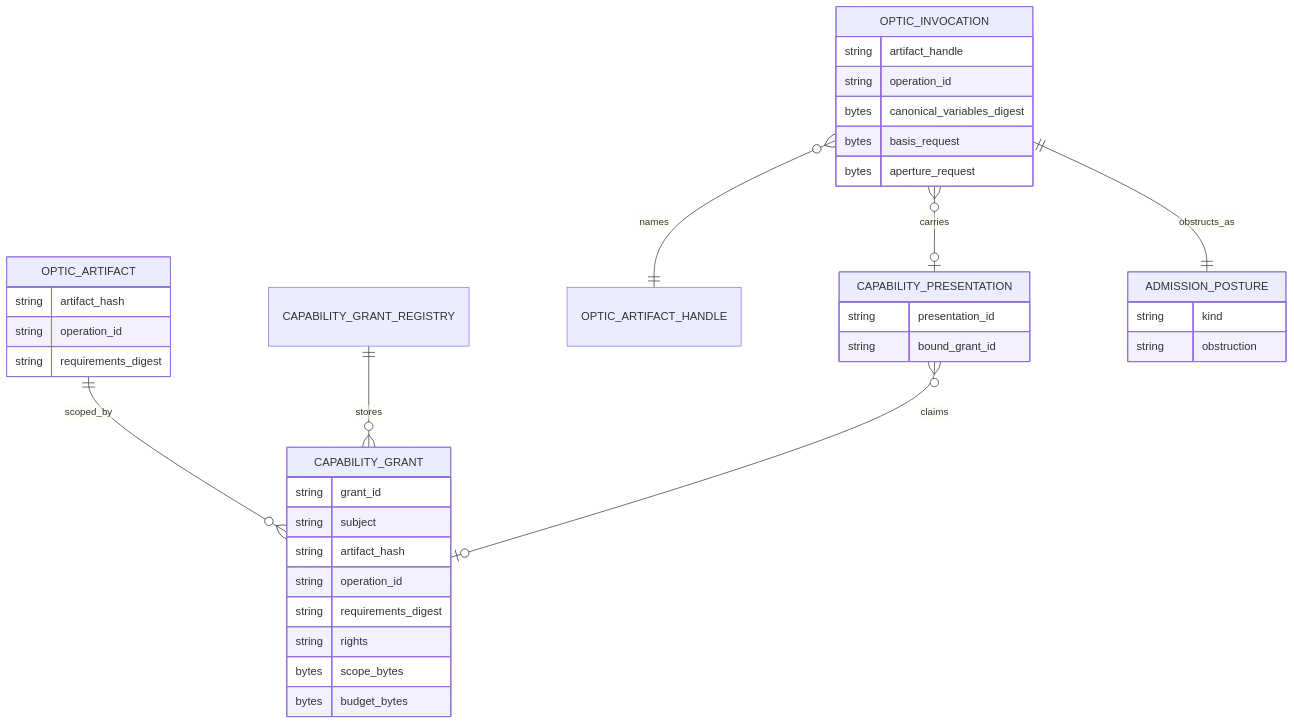
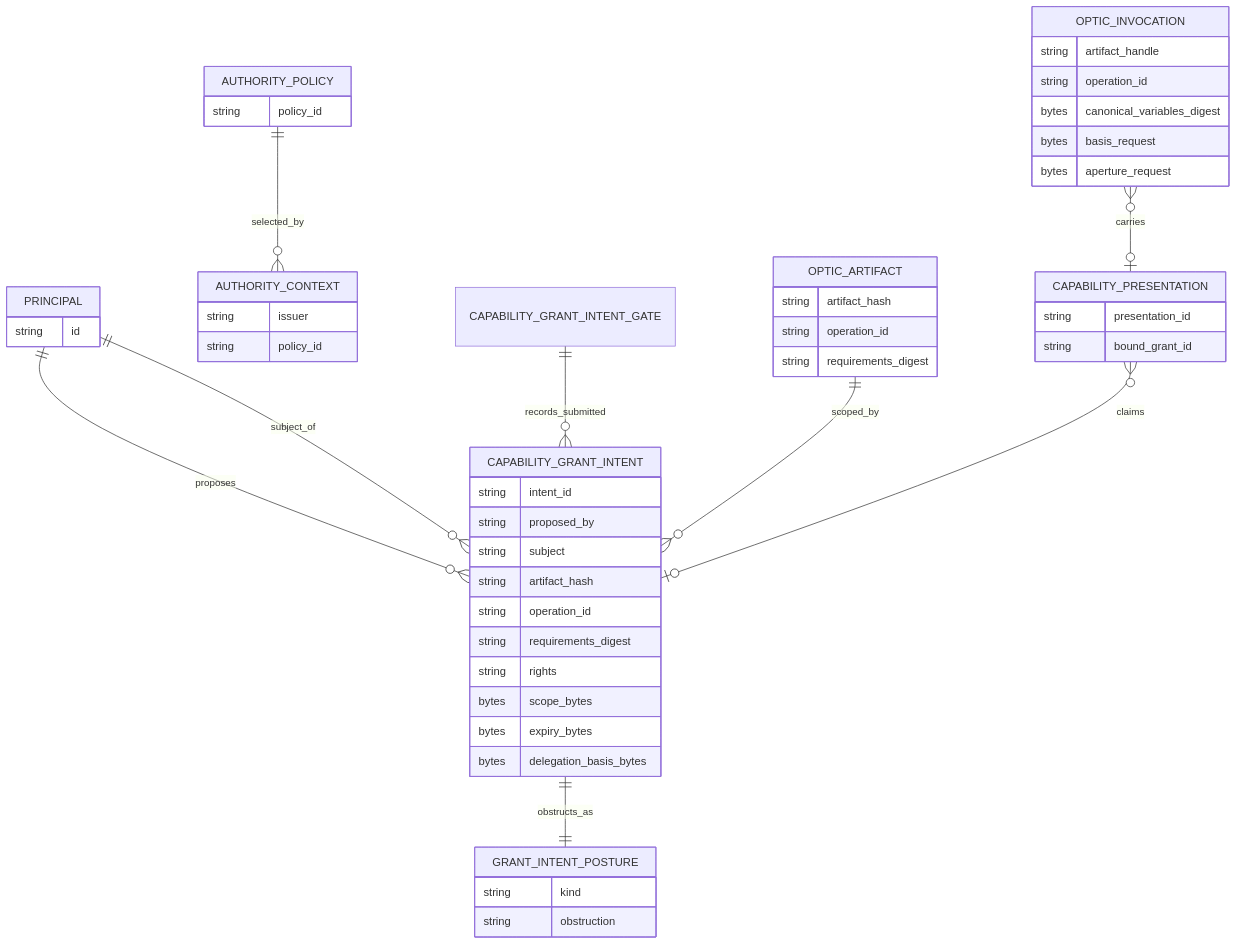
Before and after one commit to flyingrobots/echo: the fifth of 5 diagrams in docs/design/optic-capability-grant-registry.md, drawn with Mermaid. The commit also changed other lines of this file and 5 other files, not shown here.

Commit message:
feat(core): add capability grant intent obstruction skeleton

````diff
--- a/docs/design/optic-capability-grant-registry.md
+++ b/docs/design/optic-capability-grant-registry.md
@@ -174,44 +210,61 @@
 ```mermaid
 erDiagram
-  OPTIC_ARTIFACT ||--o{ CAPABILITY_GRANT : scoped_by
-  CAPABILITY_GRANT_REGISTRY ||--o{ CAPABILITY_GRANT : stores
-  OPTIC_INVOCATION }o--|| OPTIC_ARTIFACT_HANDLE : names
+  PRINCIPAL ||--o{ CAPABILITY_GRANT_INTENT : proposes
+  PRINCIPAL ||--o{ CAPABILITY_GRANT_INTENT : subject_of
+  AUTHORITY_POLICY ||--o{ AUTHORITY_CONTEXT : selected_by
+  CAPABILITY_GRANT_INTENT_GATE ||--o{ CAPABILITY_GRANT_INTENT : records_submitted
+  OPTIC_ARTIFACT ||--o{ CAPABILITY_GRANT_INTENT : scoped_by
+  CAPABILITY_GRANT_INTENT ||--|| GRANT_INTENT_POSTURE : obstructs_as
+  CAPABILITY_PRESENTATION }o--o| CAPABILITY_GRANT_INTENT : claims
   OPTIC_INVOCATION }o--o| CAPABILITY_PRESENTATION : carries
-  CAPABILITY_PRESENTATION }o--o| CAPABILITY_GRANT : claims
-  OPTIC_INVOCATION ||--|| ADMISSION_POSTURE : obstructs_as
+
+  PRINCIPAL {
+    string id
+  }
+
+  AUTHORITY_POLICY {
+    string policy_id
+  }
+
+  AUTHORITY_CONTEXT {
+    string issuer
+    string policy_id
+  }
 
   OPTIC_ARTIFACT {
     string artifact_hash
     string operation_id
     string requirements_digest
   }
 
-  CAPABILITY_GRANT {
-    string grant_id
+  CAPABILITY_GRANT_INTENT {
+    string intent_id
+    string proposed_by
     string subject
     string artifact_hash
     string operation_id
     string requirements_digest
     string rights
     bytes scope_bytes
-    bytes budget_bytes
+    bytes expiry_bytes
+    bytes delegation_basis_bytes
   }
 
   CAPABILITY_PRESENTATION {
     string presentation_id
     string bound_grant_id
   }
 
   OPTIC_INVOCATION {
     string artifact_handle
     string operation_id
     bytes canonical_variables_digest
     bytes basis_request
     bytes aperture_request
   }
 
-  ADMISSION_POSTURE {
+  GRANT_INTENT_POSTURE {
     string kind
     string obstruction
   }
 ```
````
